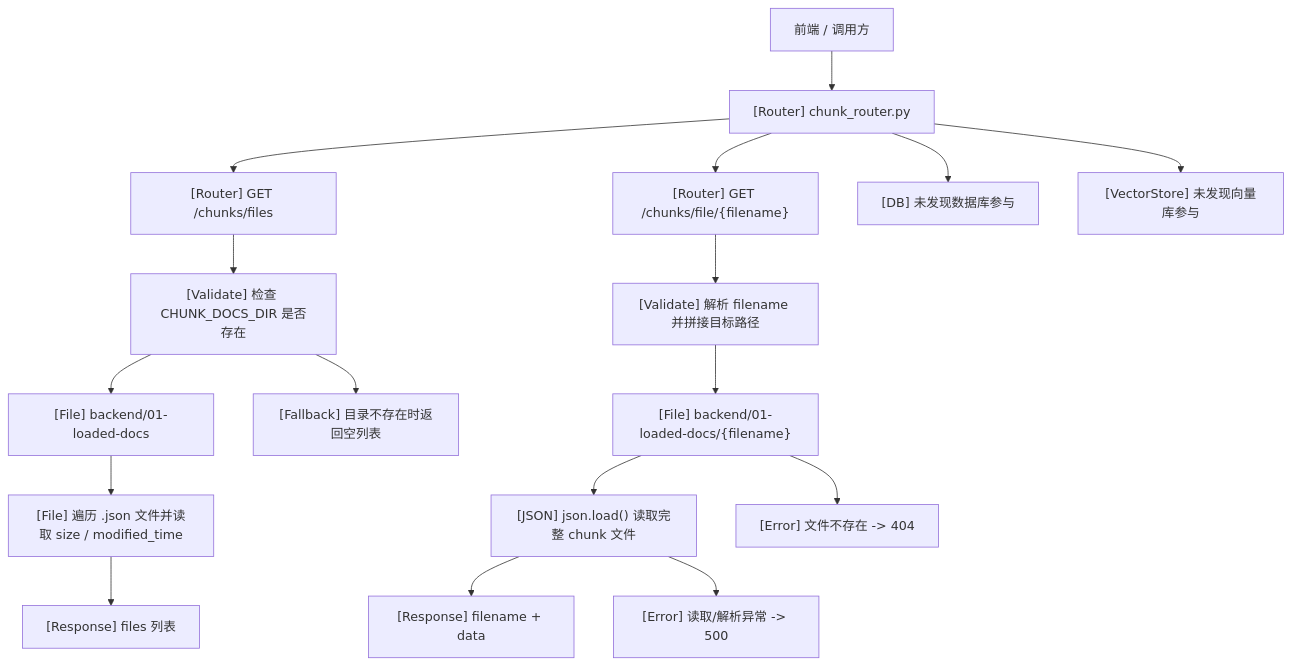
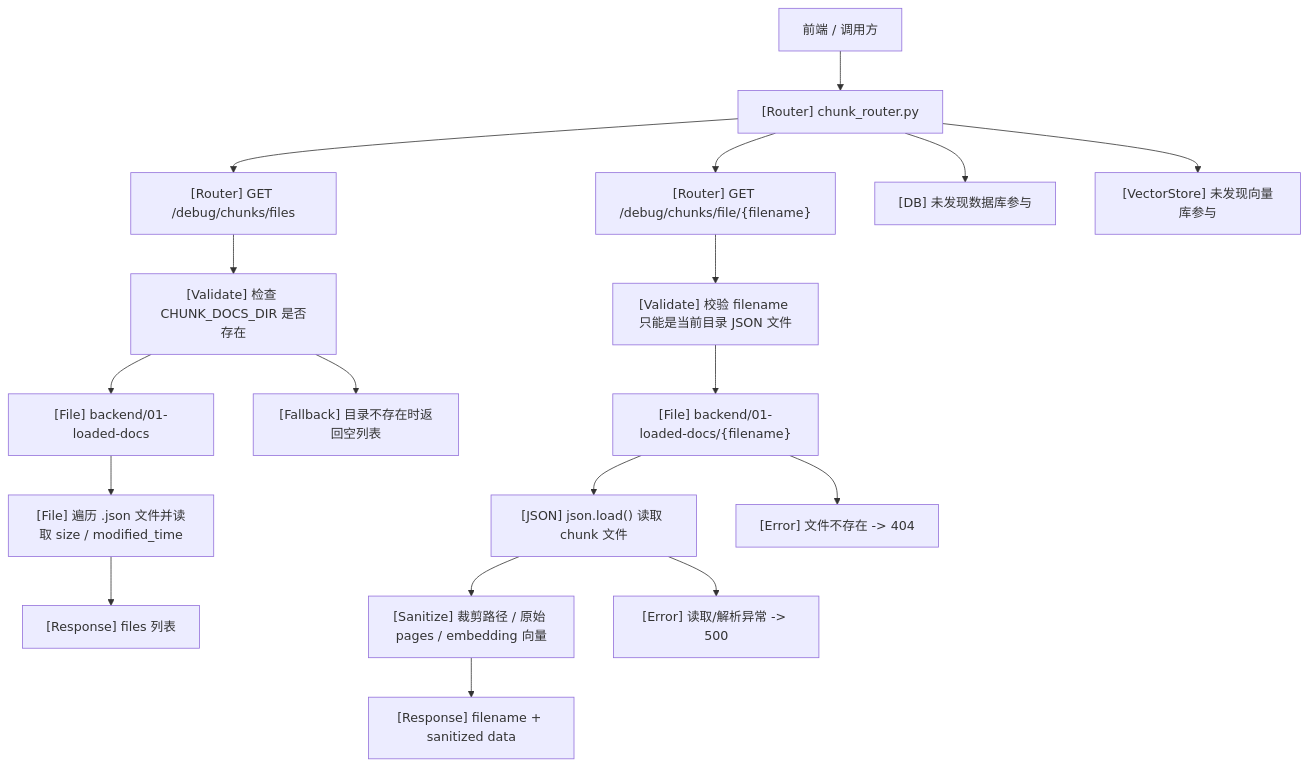
One commit to PolarisSun729/arxiv-research-agent changed the first of 3 diagrams in docs/architecture/routers/chunk_router_flow.md. Above: the diagram before and after it, drawn with Mermaid. The commit also changed other lines of this file and 75 other files, not shown here.

````diff
--- a/docs/architecture/routers/chunk_router_flow.md
+++ b/docs/architecture/routers/chunk_router_flow.md
@@ -45,22 +47,23 @@
 ```mermaid
 flowchart TD
     U["前端 / 调用方"] --> R["[Router] chunk_router.py"]
 
-    R --> F1["[Router] GET /chunks/files"]
+    R --> F1["[Router] GET /debug/chunks/files"]
     F1 --> V1["[Validate] 检查 CHUNK_DOCS_DIR 是否存在"]
     V1 --> D1["[File] backend/01-loaded-docs"]
     D1 --> L1["[File] 遍历 .json 文件并读取 size / modified_time"]
     L1 --> S1["[Response] files 列表"]
     V1 --> FB1["[Fallback] 目录不存在时返回空列表"]
 
-    R --> F2["[Router] GET /chunks/file/{filename}"]
-    F2 --> V2["[Validate] 解析 filename 并拼接目标路径"]
+    R --> F2["[Router] GET /debug/chunks/file/{filename}"]
+    F2 --> V2["[Validate] 校验 filename 只能是当前目录 JSON 文件"]
     V2 --> D2["[File] backend/01-loaded-docs/{filename}"]
-    D2 --> J1["[JSON] json.load() 读取完整 chunk 文件"]
-    J1 --> S2["[Response] filename + data"]
+    D2 --> J1["[JSON] json.load() 读取 chunk 文件"]
+    J1 --> Sanitize["[Sanitize] 裁剪路径 / 原始 pages / embedding 向量"]
+    Sanitize --> S2["[Response] filename + sanitized data"]
     D2 --> E1["[Error] 文件不存在 -> 404"]
     J1 --> E2["[Error] 读取/解析异常 -> 500"]
 
     R --> DB["[DB] 未发现数据库参与"]
     R --> VS["[VectorStore] 未发现向量库参与"]
 ```
````
